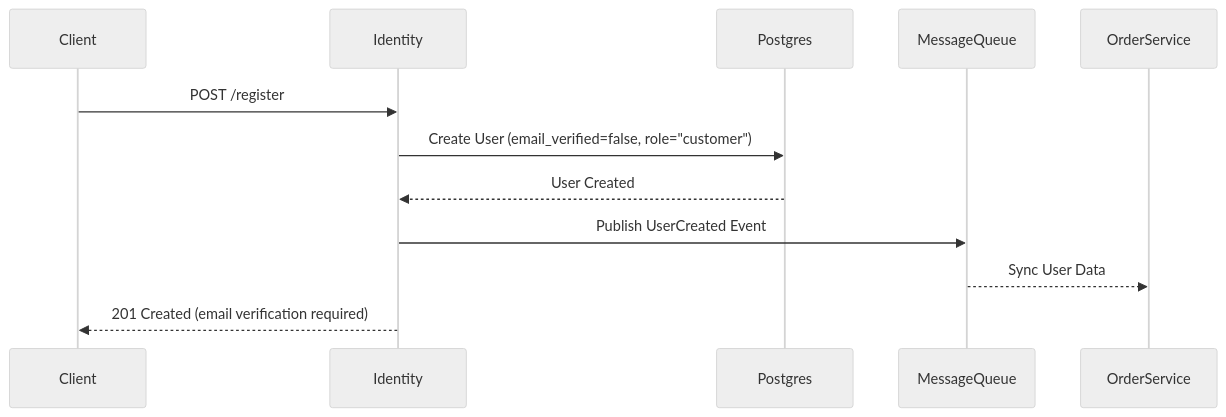
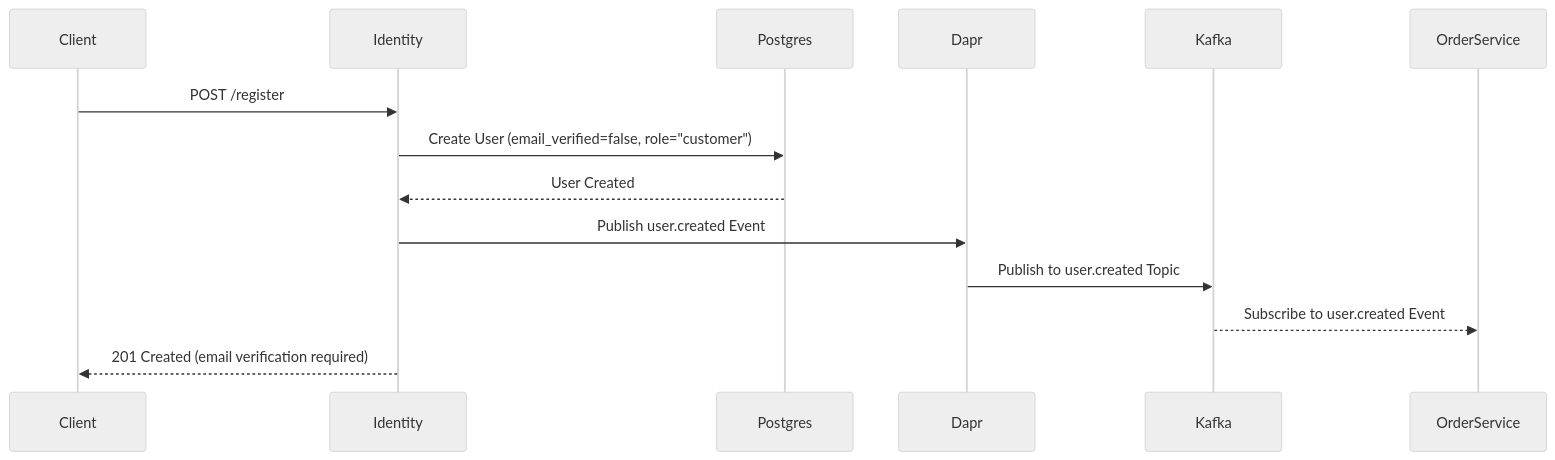
Before and after one commit to zzaia/zzaia-trio-coffee-shop: the second of 5 diagrams in CoffeeShop/docs/identity/identity-architecture.md, drawn with Mermaid (neutral theme). The commit also changed other lines of this file, not shown here.

Commit message:
Improving the project documentation;

````diff
--- a/CoffeeShop/docs/identity/identity-architecture.md
+++ b/CoffeeShop/docs/identity/identity-architecture.md
@@ -52,15 +54,17 @@
 ```mermaid
 sequenceDiagram
     participant Client
     participant Identity
     participant Postgres
-    participant MessageQueue
+    participant Dapr
+    participant Kafka
     participant OrderService
 
     Client->>Identity: POST /register
     Identity->>Postgres: Create User (email_verified=false, role="customer")
     Postgres-->>Identity: User Created
-    Identity->>MessageQueue: Publish UserCreated Event
-    MessageQueue-->>OrderService: Sync User Data
+    Identity->>Dapr: Publish user.created Event
+    Dapr->>Kafka: Publish to user.created Topic
+    Kafka-->>OrderService: Subscribe to user.created Event
     Identity-->>Client: 201 Created (email verification required)
 ```
````
